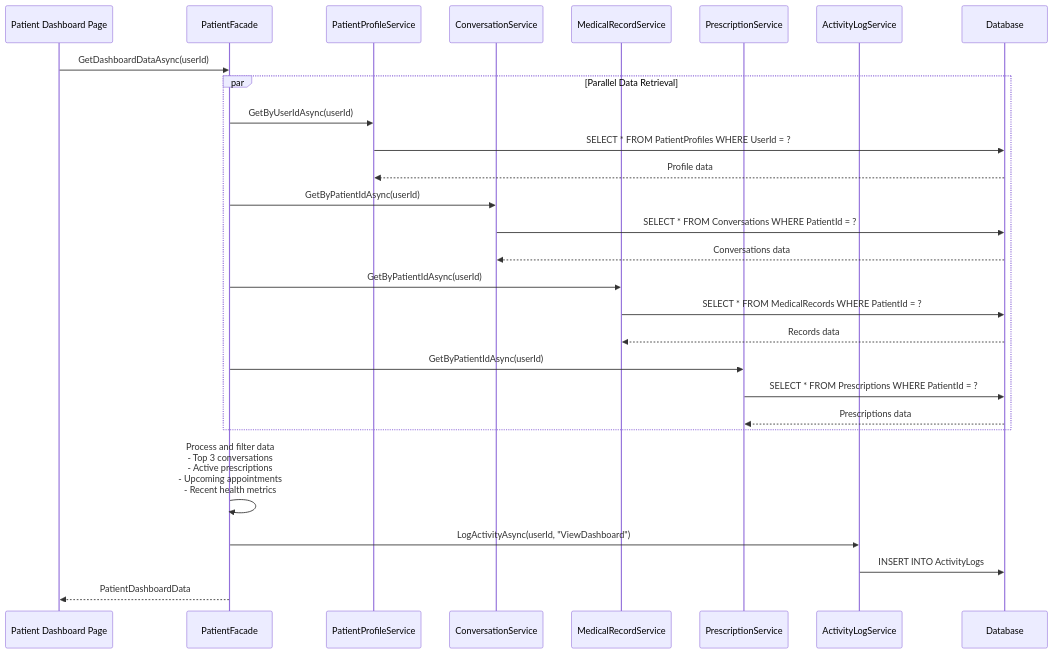
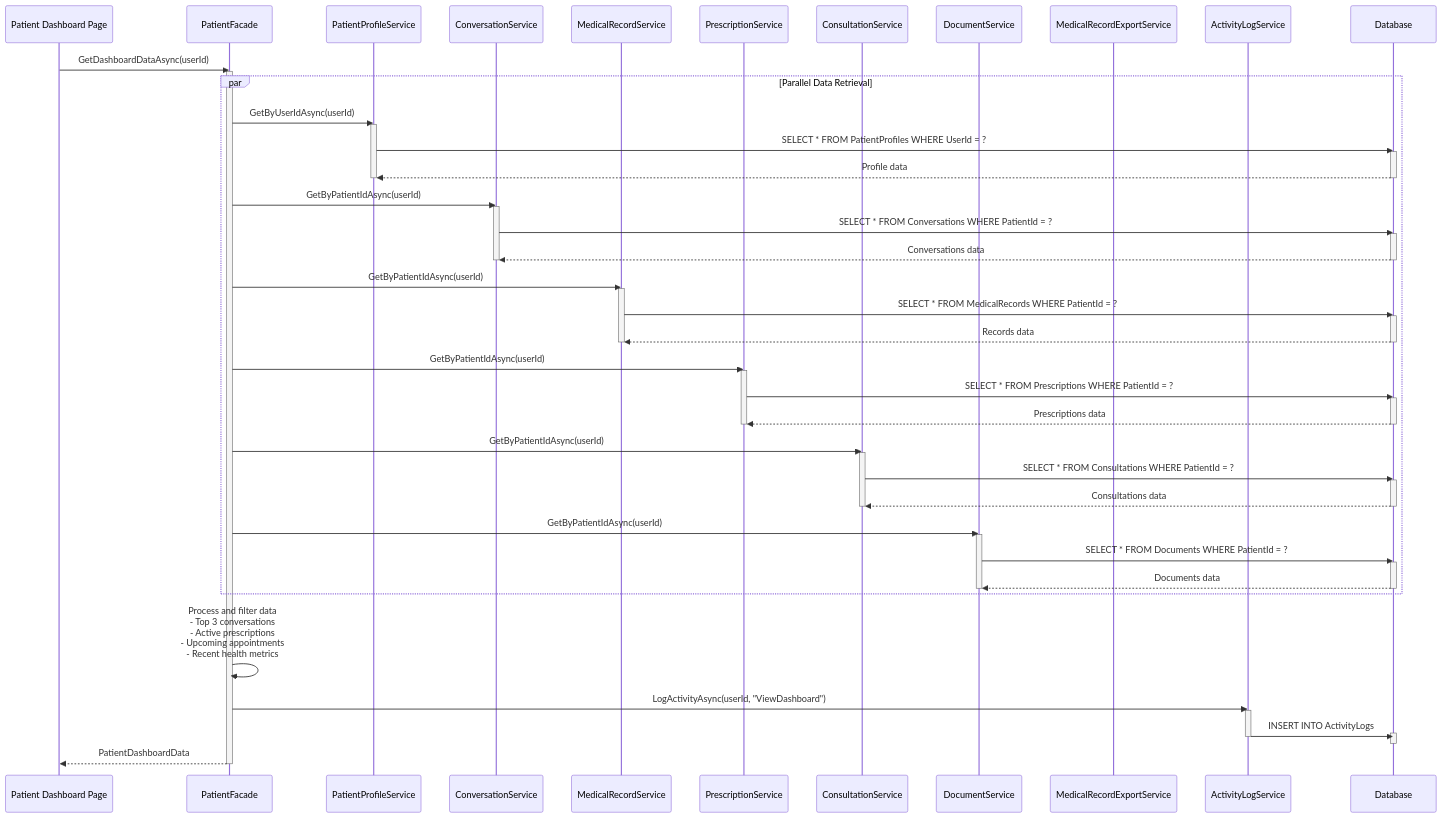
Before and after one commit to WeiXuan-C/ai-clinic: the fourth of 12 diagrams in DESIGN_PATTERNS_PROFESSIONAL.md, drawn with Mermaid. The commit also changed other lines of this file and 17 other files, not shown here.

````diff
--- a/DESIGN_PATTERNS_PROFESSIONAL.md
+++ b/DESIGN_PATTERNS_PROFESSIONAL.md
@@ -471,38 +444,79 @@
 ```mermaid
 sequenceDiagram
     participant UI as Patient Dashboard Page
     participant Facade as PatientFacade
     participant ProfileSvc as PatientProfileService
     participant ConvSvc as ConversationService
     participant RecordSvc as MedicalRecordService
     participant PrescSvc as PrescriptionService
+    participant ConsultSvc as ConsultationService
+    participant DocSvc as DocumentService
+    participant ExportSvc as MedicalRecordExportService
     participant LogSvc as ActivityLogService
     participant DB as Database
     
     UI->>Facade: GetDashboardDataAsync(userId)
+    activate Facade
     
     par Parallel Data Retrieval
         Facade->>ProfileSvc: GetByUserIdAsync(userId)
+        activate ProfileSvc
         ProfileSvc->>DB: SELECT * FROM PatientProfiles WHERE UserId = ?
+        activate DB
         DB-->>ProfileSvc: Profile data
+        deactivate DB
+        deactivate ProfileSvc
         
         Facade->>ConvSvc: GetByPatientIdAsync(userId)
+        activate ConvSvc
         ConvSvc->>DB: SELECT * FROM Conversations WHERE PatientId = ?
+        activate DB
         DB-->>ConvSvc: Conversations data
+        deactivate DB
+        deactivate ConvSvc
         
         Facade->>RecordSvc: GetByPatientIdAsync(userId)
+        activate RecordSvc
         RecordSvc->>DB: SELECT * FROM MedicalRecords WHERE PatientId = ?
+        activate DB
         DB-->>RecordSvc: Records data
+        deactivate DB
+        deactivate RecordSvc
         
         Facade->>PrescSvc: GetByPatientIdAsync(userId)
+        activate PrescSvc
         PrescSvc->>DB: SELECT * FROM Prescriptions WHERE PatientId = ?
+        activate DB
         DB-->>PrescSvc: Prescriptions data
+        deactivate DB
+        deactivate PrescSvc
+        
+        Facade->>ConsultSvc: GetByPatientIdAsync(userId)
+        activate ConsultSvc
+        ConsultSvc->>DB: SELECT * FROM Consultations WHERE PatientId = ?
+        activate DB
+        DB-->>ConsultSvc: Consultations data
+        deactivate DB
+        deactivate ConsultSvc
+        
+        Facade->>DocSvc: GetByPatientIdAsync(userId)
+        activate DocSvc
+        DocSvc->>DB: SELECT * FROM Documents WHERE PatientId = ?
+        activate DB
+        DB-->>DocSvc: Documents data
+        deactivate DB
+        deactivate DocSvc
     end
     
     Facade->>Facade: Process and filter data<br/>- Top 3 conversations<br/>- Active prescriptions<br/>- Upcoming appointments<br/>- Recent health metrics
     
     Facade->>LogSvc: LogActivityAsync(userId, "ViewDashboard")
+    activate LogSvc
     LogSvc->>DB: INSERT INTO ActivityLogs
+    activate DB
+    deactivate DB
+    deactivate LogSvc
     
     Facade-->>UI: PatientDashboardData
+    deactivate Facade
 ```
````
